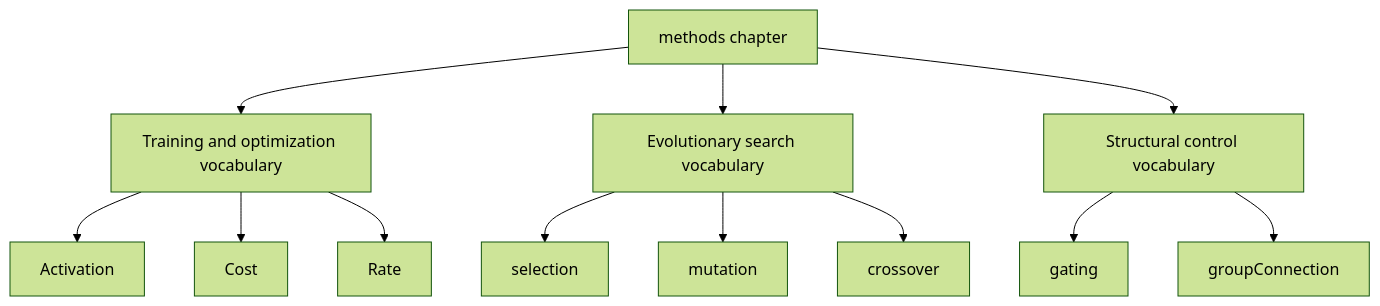
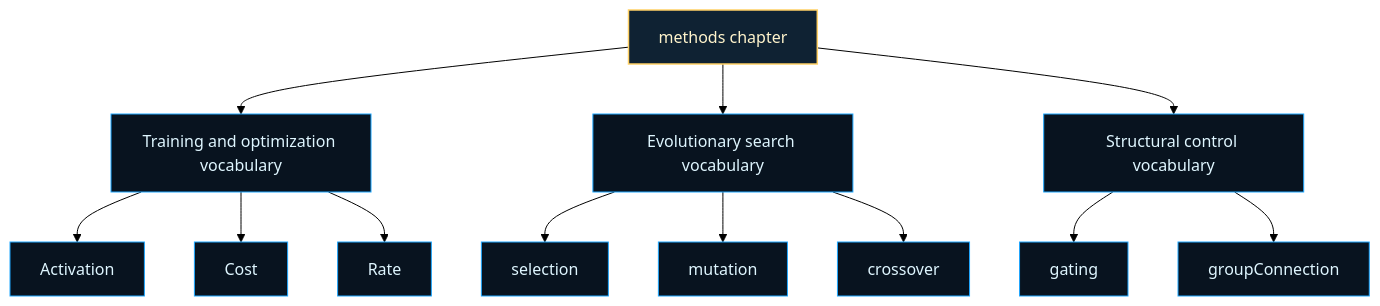
The first of 8 diagrams in src/methods/README.md (reicek/NeatapticTS), drawn with Mermaid (forest theme) before and after one commit. The commit also changed other lines of this file and 121 other files, not shown here.

````diff
--- a/src/methods/README.md
+++ b/src/methods/README.md
@@ -37,14 +48,17 @@
 ```mermaid
 flowchart TD
-  Methods[methods chapter] --> Training[Training and optimization vocabulary]
-  Methods --> Evolution[Evolutionary search vocabulary]
-  Methods --> Structure[Structural control vocabulary]
-  Training --> Activation[Activation]
-  Training --> Cost[Cost]
-  Training --> Rate[Rate]
-  Evolution --> Selection[selection]
-  Evolution --> Mutation[mutation]
-  Evolution --> Crossover[crossover]
-  Structure --> Gating[gating]
-  Structure --> Connection[groupConnection]
+  classDef base fill:#08131f,stroke:#1ea7ff,color:#dff6ff,stroke-width:1px;
+  classDef accent fill:#0f2233,stroke:#ffd166,color:#fff4cc,stroke-width:1.5px;
+
+  Methods[methods chapter]:::accent --> Training[Training and optimization vocabulary]:::base
+  Methods --> Evolution[Evolutionary search vocabulary]:::base
+  Methods --> Structure[Structural control vocabulary]:::base
+  Training --> Activation[Activation]:::base
+  Training --> Cost[Cost]:::base
+  Training --> Rate[Rate]:::base
+  Evolution --> Selection[selection]:::base
+  Evolution --> Mutation[mutation]:::base
+  Evolution --> Crossover[crossover]:::base
+  Structure --> Gating[gating]:::base
+  Structure --> Connection[groupConnection]:::base
 ```
````
